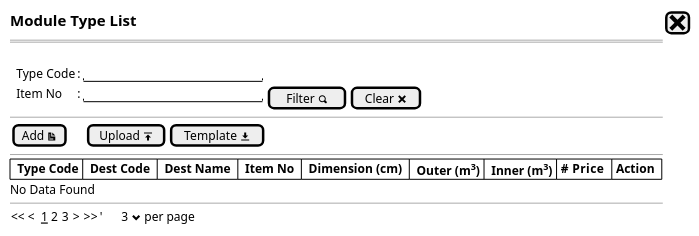
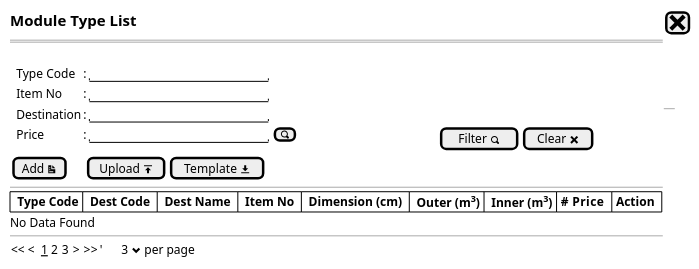
One commit to ari-fikri/packing-cost-mockup changed the diagram in Module Type/module type - list step0.puml. Above: the diagram before and after it, drawn with PlantUML. The commit also changed 2 other files, not shown here.

Commit message:
Add filter fields

```diff
--- a/Module Type/module type - list step0.puml
+++ b/Module Type/module type - list step0.puml
@@ -1,25 +1,26 @@
 @startsalt
 {
   <size:15><b>Module Type List|[<size:25><&x>]|*
   ==
   .
   {
       .|Type Code    |: |"                      "|*
-      .|Item No      |: |"                      "| [Filter <&magnifying-glass>]| [Clear <&x>]| *      
-
-  }
+      .|Item No      |: |"                      "|*
+      .|Destination  |: |"                      "|*
+      .|Price        |: |"                      "|[<&magnifying-glass>] |                                             |[Filter <&magnifying-glass>]| [Clear <&x>]| *
+  }  
   --
   {
   [Add <&document>]|.|.|.|[Upload <&data-transfer-upload>]| [Template <&data-transfer-download>]|*
   }
   --
   {#
  | <b> Type Code |<b>  Dest Code  |<b>  Dest Name  |<b>  Item No  | <b> Dimension (cm)  | <b> Outer (m<sup>3</sup>) | <b> Inner (m<sup>3</sup>) | <b>#  Price  | <b>Action  |*|*|*
   }
   No Data Found
   --
   {
   << <  __1__ 2 3  > >>  |'      3 <&chevron-bottom> per page |*
   }
 }
 @endsalt
```
